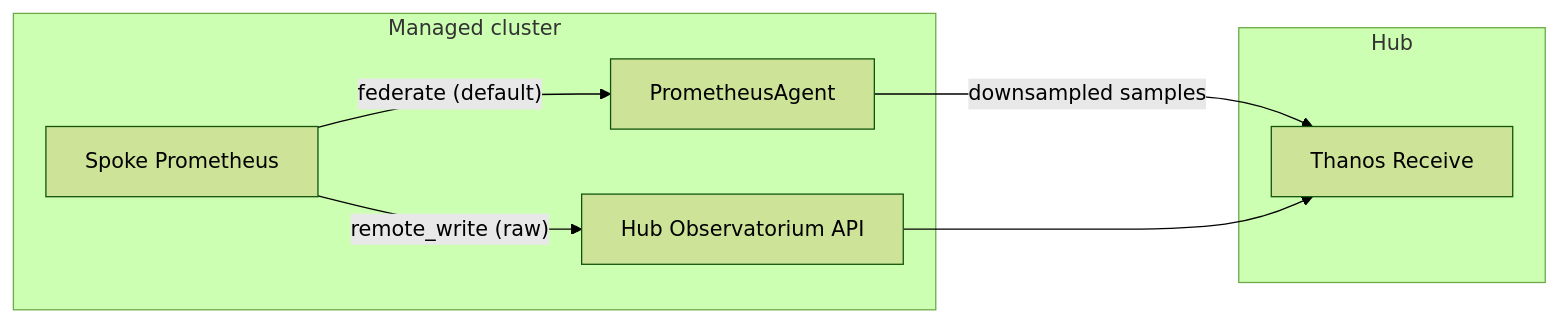
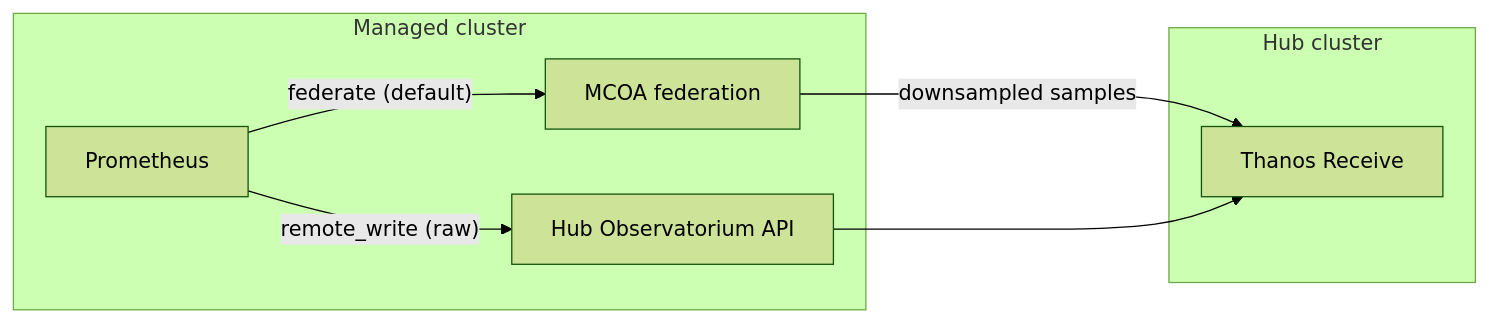
Before and after one commit to ch-stark/mcoablog: the diagram in raw_metrics_collection.md, drawn with Mermaid (forest theme). The commit also changed other lines of this file and 1 other file, not shown here.

First line of the commit message:
Publish a customer-facing blog on MCOA raw metrics collection.

````diff
--- a/raw_metrics_collection.md
+++ b/raw_metrics_collection.md
@@ -33,13 +44,13 @@
 ```mermaid
 flowchart LR
-  subgraph spoke [Managed cluster]
-    Prom[Spoke Prometheus]
-    Agent[PrometheusAgent]
+  subgraph managed [Managed cluster]
+    Prom[Prometheus]
+    Agent[MCOA federation]
     Prom -->|"federate (default)"| Agent
     Prom -->|"remote_write (raw)"| HubRW[Hub Observatorium API]
   end
-  subgraph hub [Hub]
+  subgraph hub [Hub cluster]
     Agent -->|downsampled samples| Receive[Thanos Receive]
     HubRW --> Receive
   end
 ```
````
